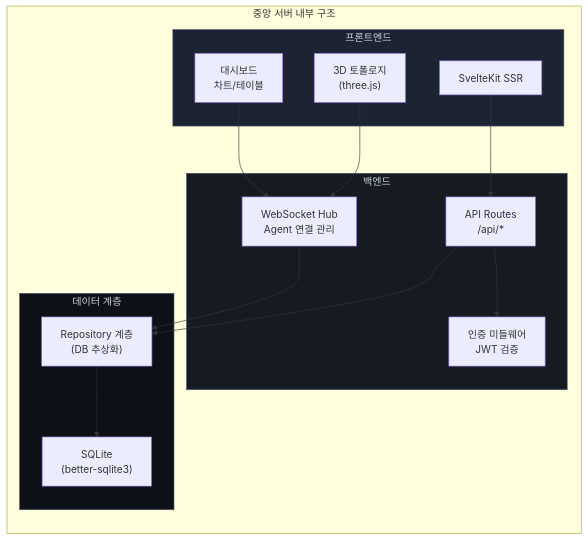
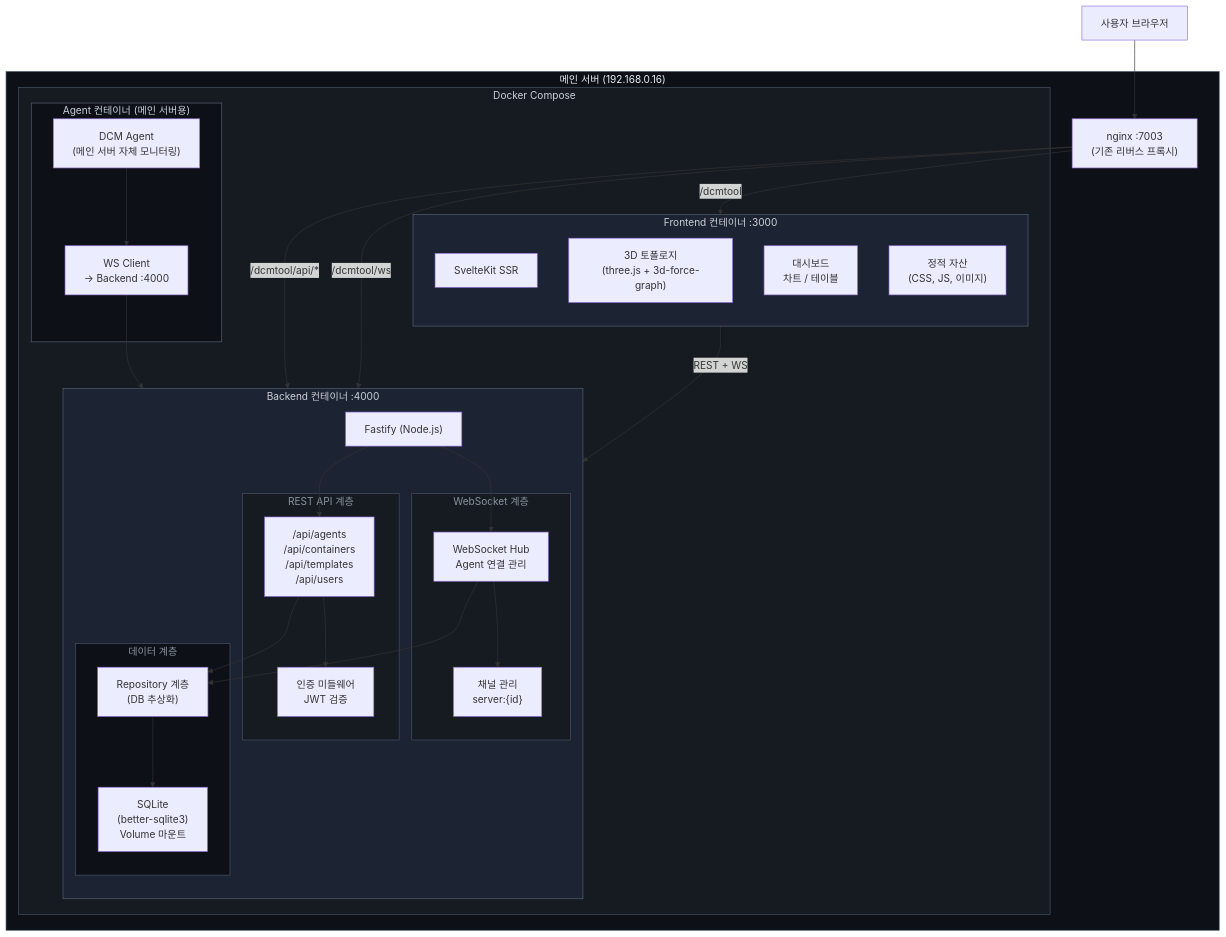
One commit to qkr7287/HyperCube changed the third of 11 diagrams in docs/to-be-architecture.md. Above: the diagram before and after it, drawn with Mermaid. The commit also changed other lines of this file, not shown here.

First line of the commit message:
docs: restructure to-be architecture with separated containers

````diff
--- a/docs/to-be-architecture.md
+++ b/docs/to-be-architecture.md
@@ -157,35 +176,66 @@
 ```mermaid
-graph LR
-    subgraph 중앙서버["중앙 서버 내부 구조"]
-        direction TB
+graph TB
+    subgraph MainServer["메인 서버 (192.168.0.16)"]
+        Nginx["nginx :7003<br/>(기존 리버스 프록시)"]
 
-        subgraph Frontend["프론트엔드"]
-            UI["SvelteKit SSR"]
-            Topo["3D 토폴로지<br/>(three.js)"]
-            Dash["대시보드<br/>차트/테이블"]
+        subgraph Docker["Docker Compose"]
+            subgraph FE["Frontend 컨테이너 :3000"]
+                direction TB
+                SSR["SvelteKit SSR"]
+                ThreeJS["3D 토폴로지<br/>(three.js + 3d-force-graph)"]
+                Charts["대시보드<br/>차트 / 테이블"]
+                StaticAssets["정적 자산<br/>(CSS, JS, 이미지)"]
+            end
+
+            subgraph BE["Backend 컨테이너 :4000"]
+                direction TB
+                FastifyServer["Fastify (Node.js)"]
+
+                subgraph API["REST API 계층"]
+                    Routes["/api/agents<br/>/api/containers<br/>/api/templates<br/>/api/users"]
+                    AuthMiddleware["인증 미들웨어<br/>JWT 검증"]
+                end
+
+                subgraph WS["WebSocket 계층"]
+                    Hub["WebSocket Hub<br/>Agent 연결 관리"]
+                    Channels["채널 관리<br/>server:{id}"]
+                end
+
+                subgraph Data["데이터 계층"]
+                    Repo["Repository 계층<br/>(DB 추상화)"]
+                    DB["SQLite<br/>(better-sqlite3)<br/>Volume 마운트"]
+                end
+
+                FastifyServer --> Routes
+                FastifyServer --> Hub
+                Routes --> AuthMiddleware
+                Routes --> Repo
+                Hub --> Channels
+                Hub --> Repo
+                Repo --> DB
+            end
+
+            subgraph AgentLocal["Agent 컨테이너 (메인 서버용)"]
+                AgentProcess["DCM Agent<br/>(메인 서버 자체 모니터링)"]
+                AgentWS["WS Client<br/>→ Backend :4000"]
+            end
         end
 
-        subgraph Backend["백엔드"]
-            Routes["API Routes<br/>/api/*"]
-            WSHub["WebSocket Hub<br/>Agent 연결 관리"]
-            AuthMW["인증 미들웨어<br/>JWT 검증"]
-        end
-
-        subgraph Data["데이터 계층"]
-            Repo["Repository 계층<br/>(DB 추상화)"]
-            SQLite["SQLite<br/>(better-sqlite3)"]
-        end
-
-        UI --> Routes
-        Topo --> WSHub
-        Dash --> WSHub
-        Routes --> AuthMW
-        Routes --> Repo
-        WSHub --> Repo
-        Repo --> SQLite
+        Nginx -->|"/dcmtool"| SSR
+        Nginx -->|"/dcmtool/api/*"| FastifyServer
+        Nginx -->|"/dcmtool/ws"| Hub
     end
 
-    style Frontend fill:#1c2333,stroke:#4a5568,color:#c9d1d9
-    style Backend fill:#161b22,stroke:#4a5568,color:#c9d1d9
-    style Data fill:#0d1117,stroke:#4a5568,color:#c9d1d9
+    Browser["사용자 브라우저"] --> Nginx
+    SSR -->|"REST + WS"| FastifyServer
+    AgentProcess --> AgentWS --> Hub
+
+    style MainServer fill:#0d1117,stroke:#4a5568,color:#e6edf3
+    style Docker fill:#161b22,stroke:#4a5568,color:#c9d1d9
+    style FE fill:#1c2333,stroke:#586474,color:#c9d1d9
+    style BE fill:#1c2333,stroke:#586474,color:#c9d1d9
+    style API fill:#161b22,stroke:#4a5568,color:#8b949e
+    style WS fill:#161b22,stroke:#4a5568,color:#8b949e
+    style Data fill:#0d1117,stroke:#4a5568,color:#8b949e
+    style AgentLocal fill:#0d1117,stroke:#586474,color:#c9d1d9
 ```
````
